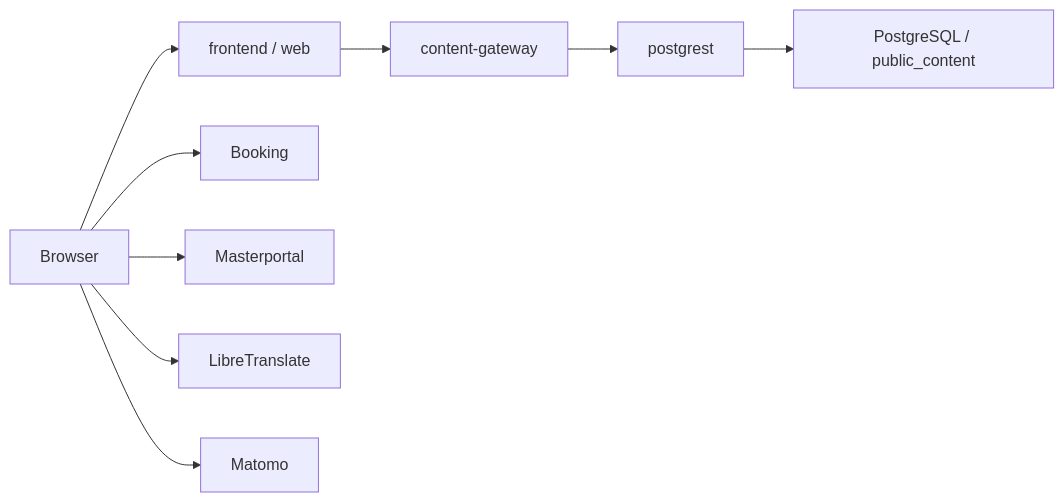
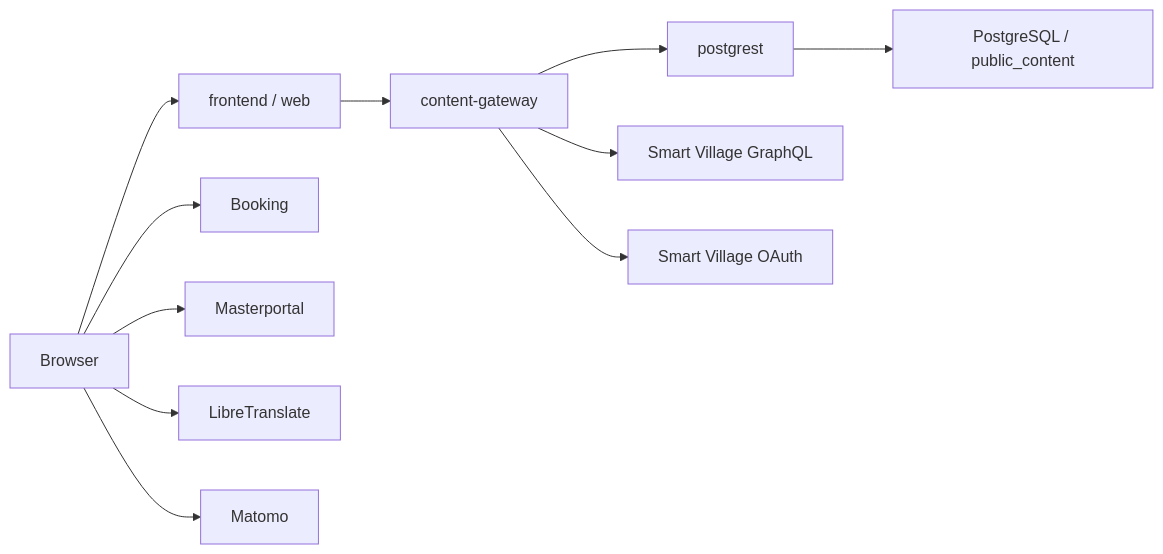
The diagram in docs/system-documentation.md (smart-village-solutions/guben-cockpit-old), drawn with Mermaid before and after one commit. The commit also changed other lines of this file and 1 other file, not shown here.

Commit message:
Document Smart Village sources and endpoints

````diff
--- a/docs/system-documentation.md
+++ b/docs/system-documentation.md
@@ -22,12 +22,14 @@
 ```mermaid
 flowchart LR
   Browser --> Web["frontend / web"]
   Web --> Gateway["content-gateway"]
   Gateway --> PostgREST["postgrest"]
   PostgREST --> PostgreSQL["PostgreSQL / public_content"]
+  Gateway --> SmartVillage["Smart Village GraphQL"]
+  Gateway --> OAuth["Smart Village OAuth"]
 
   Browser --> Booking["Booking"]
   Browser --> Masterportal["Masterportal"]
   Browser --> Translate["LibreTranslate"]
   Browser --> Matomo["Matomo"]
 ```
````
